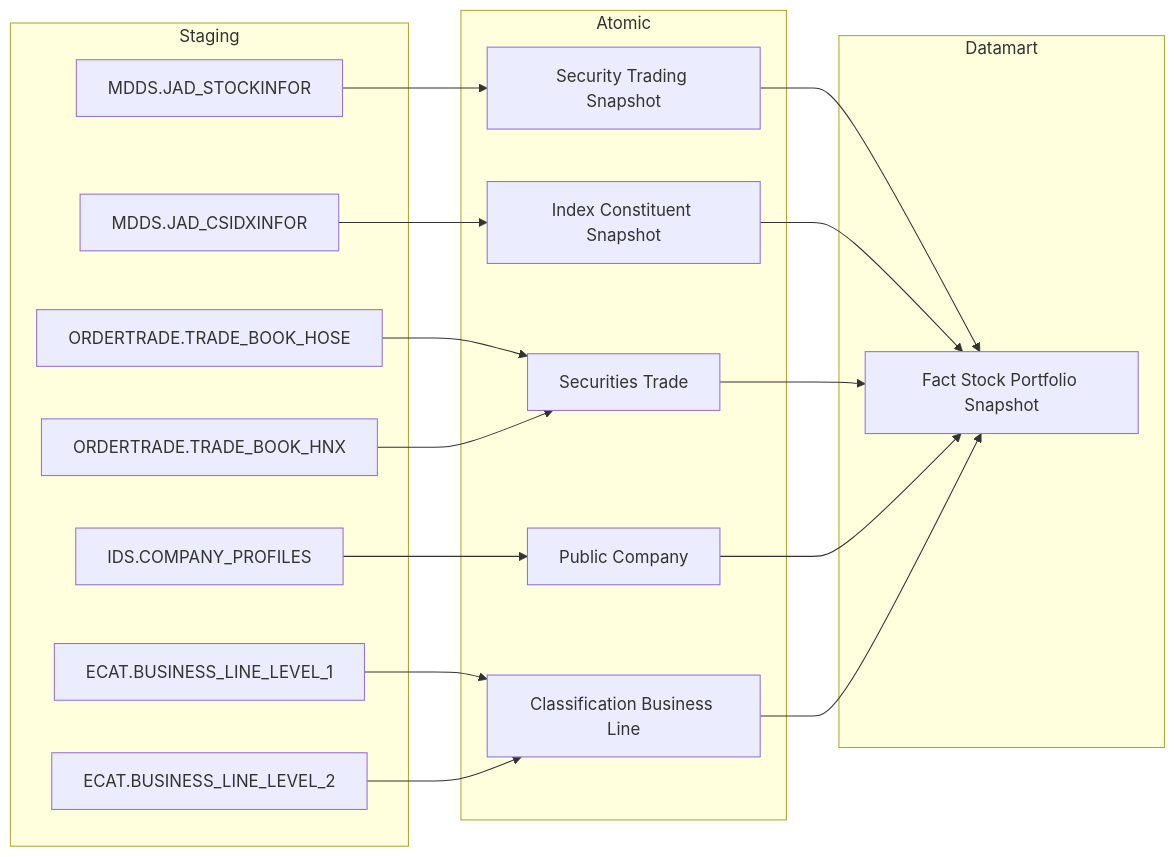
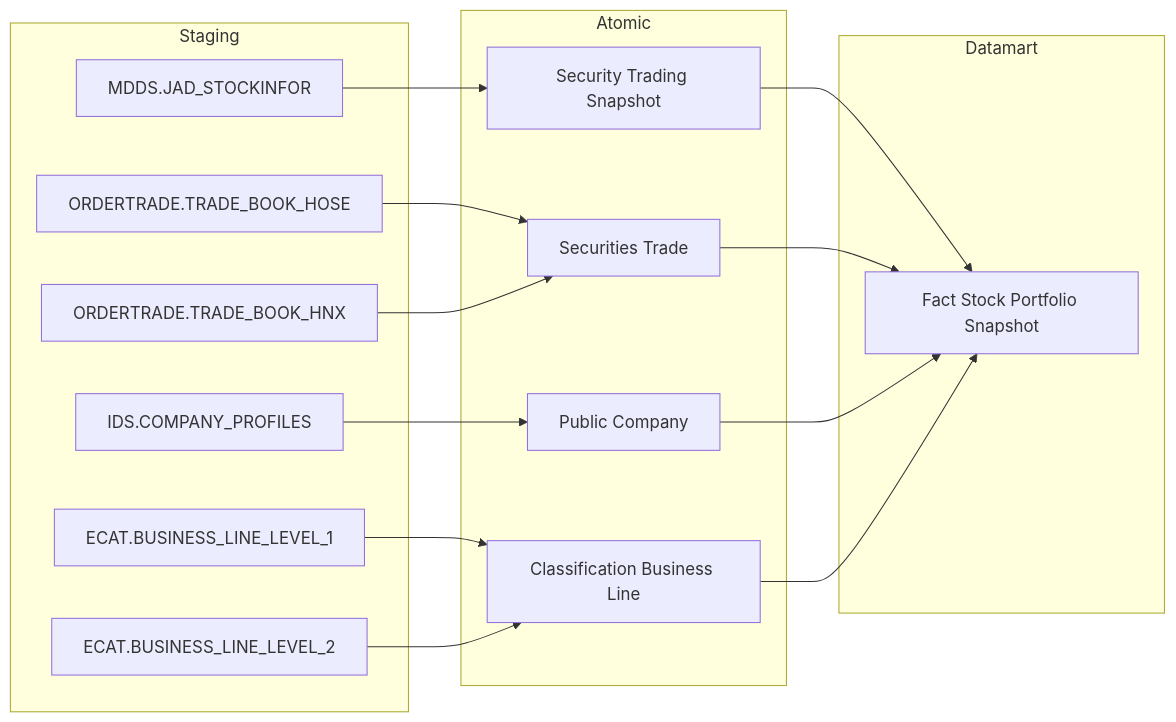
The first of 6 diagrams in Datamart/hld/DTM_GSTT_HLD.md (linhlvit/ubck_atomic_design), drawn with Mermaid before and after one commit. The commit also changed other lines of this file and 4 other files, not shown here.

````diff
--- a/Datamart/hld/DTM_GSTT_HLD.md
+++ b/Datamart/hld/DTM_GSTT_HLD.md
@@ -14,34 +14,30 @@
 ```mermaid
 flowchart LR
     subgraph SRC["Staging"]
         S1A["MDDS.JAD_STOCKINFOR"]
-        S1B["MDDS.JAD_CSIDXINFOR"]
         S1C["ORDERTRADE.TRADE_BOOK_HOSE"]
         S1D["ORDERTRADE.TRADE_BOOK_HNX"]
         S1E["IDS.COMPANY_PROFILES"]
         S1F["ECAT.BUSINESS_LINE_LEVEL_1"]
         S1G["ECAT.BUSINESS_LINE_LEVEL_2"]
     end
     subgraph SIL["Atomic"]
         A1A["Security Trading Snapshot"]
-        A1B["Index Constituent Snapshot"]
         A1C["Securities Trade"]
         A1D["Public Company"]
         A1E["Classification Business Line"]
     end
     subgraph GOLD["Datamart"]
         fct_stock_portfolio_snpst["Fact Stock Portfolio Snapshot"]
     end
     S1A --> A1A
-    S1B --> A1B
     S1C --> A1C
     S1D --> A1C
     S1E --> A1D
     S1F --> A1E
     S1G --> A1E
     A1A --> fct_stock_portfolio_snpst
-    A1B --> fct_stock_portfolio_snpst
     A1C --> fct_stock_portfolio_snpst
     A1D --> fct_stock_portfolio_snpst
     A1E --> fct_stock_portfolio_snpst
 ```
````
